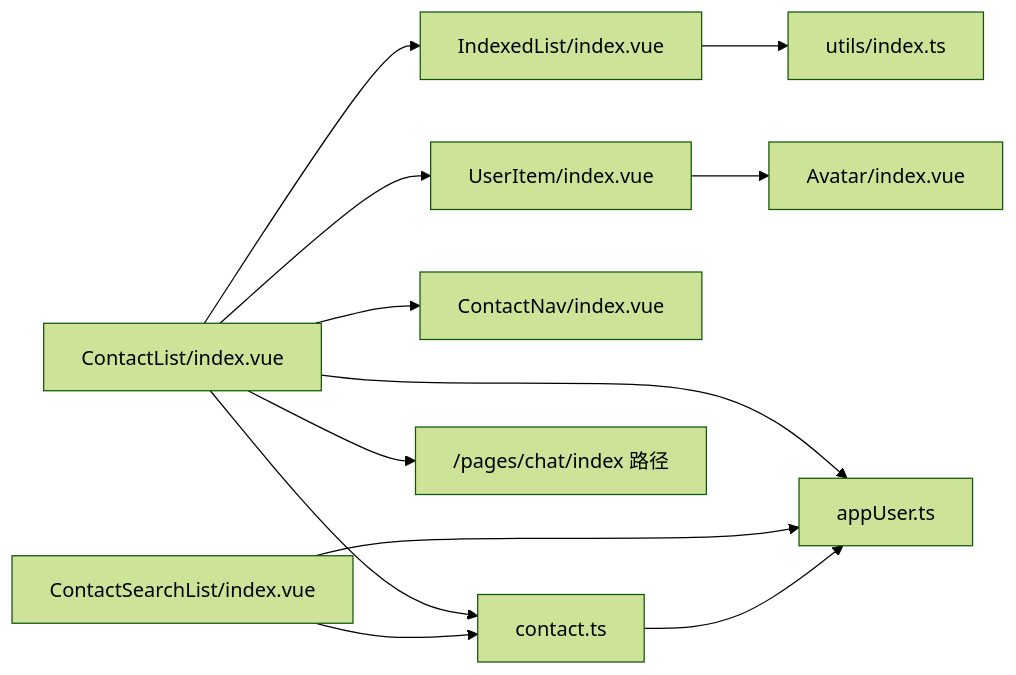
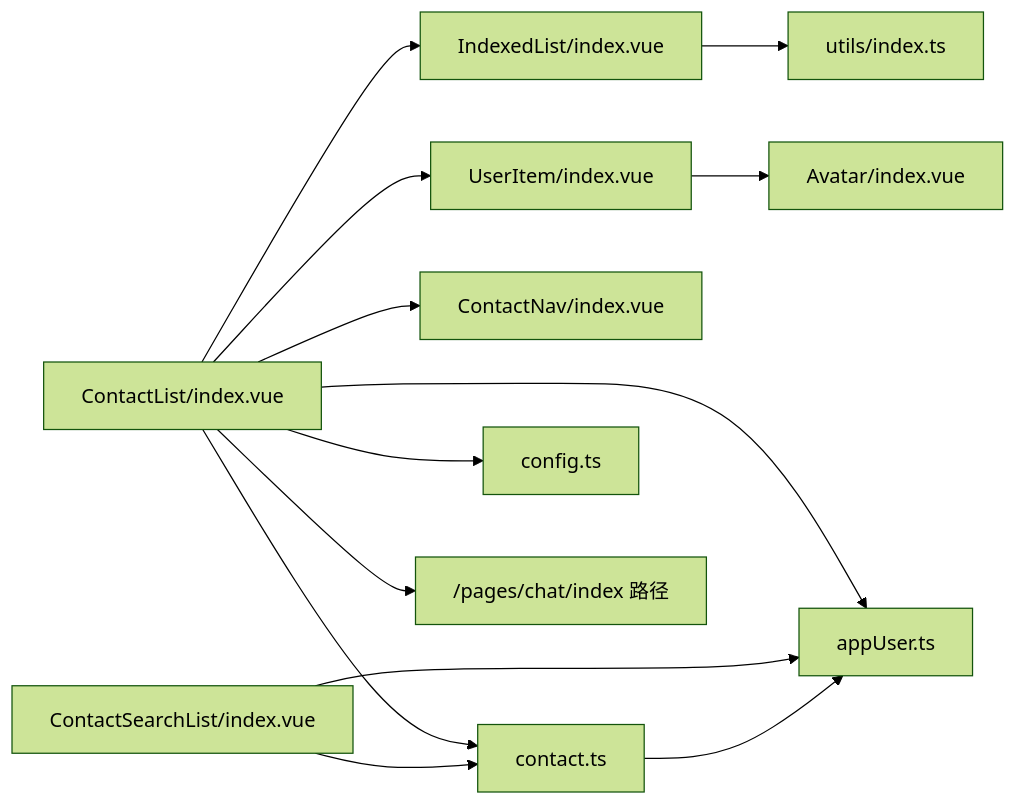
One commit to Easemob-Community/easemob-uikit-uniapp-community changed the seventh of 7 diagrams in .qoder/repowiki/zh/content/联系人模块/联系人列表.md. Above: the diagram before and after it, drawn with Mermaid (forest theme). The commit also changed other lines of this file and 5 other files, not shown here.

````diff
--- a/.qoder/repowiki/zh/content/联系人模块/联系人列表.md
+++ b/.qoder/repowiki/zh/content/联系人模块/联系人列表.md
@@ -414,14 +437,15 @@
 ```mermaid
 graph LR
 CL["ContactList/index.vue"] --> IL["IndexedList/index.vue"]
 CL --> UI["UserItem/index.vue"]
 CL --> CN["ContactNav/index.vue"]
 CL --> CS["contact.ts"]
 CL --> AUS["appUser.ts"]
+CL --> CONF["config.ts"]
 IL --> UT["utils/index.ts"]
 UI --> AV["Avatar/index.vue"]
 AS["ContactSearchList/index.vue"] --> CS
 AS --> AUS
 CS --> AUS
 CL --> NAV["/pages/chat/index 路径"]
 ```
````
